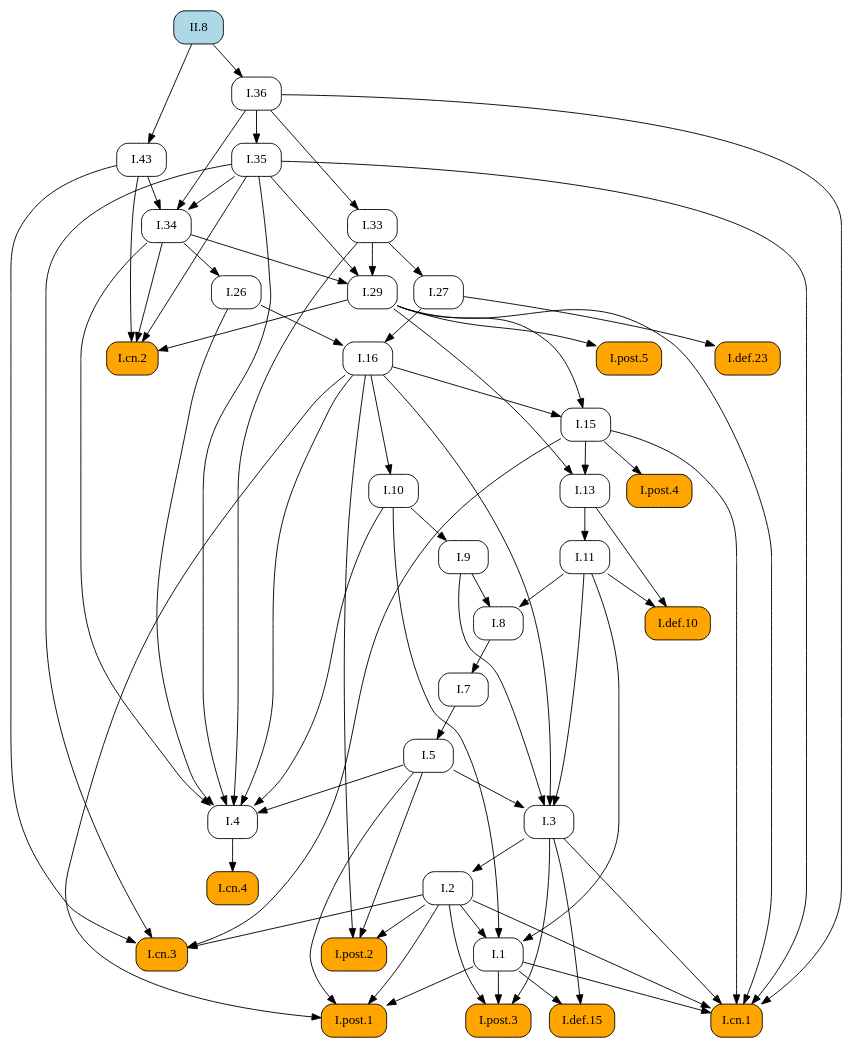
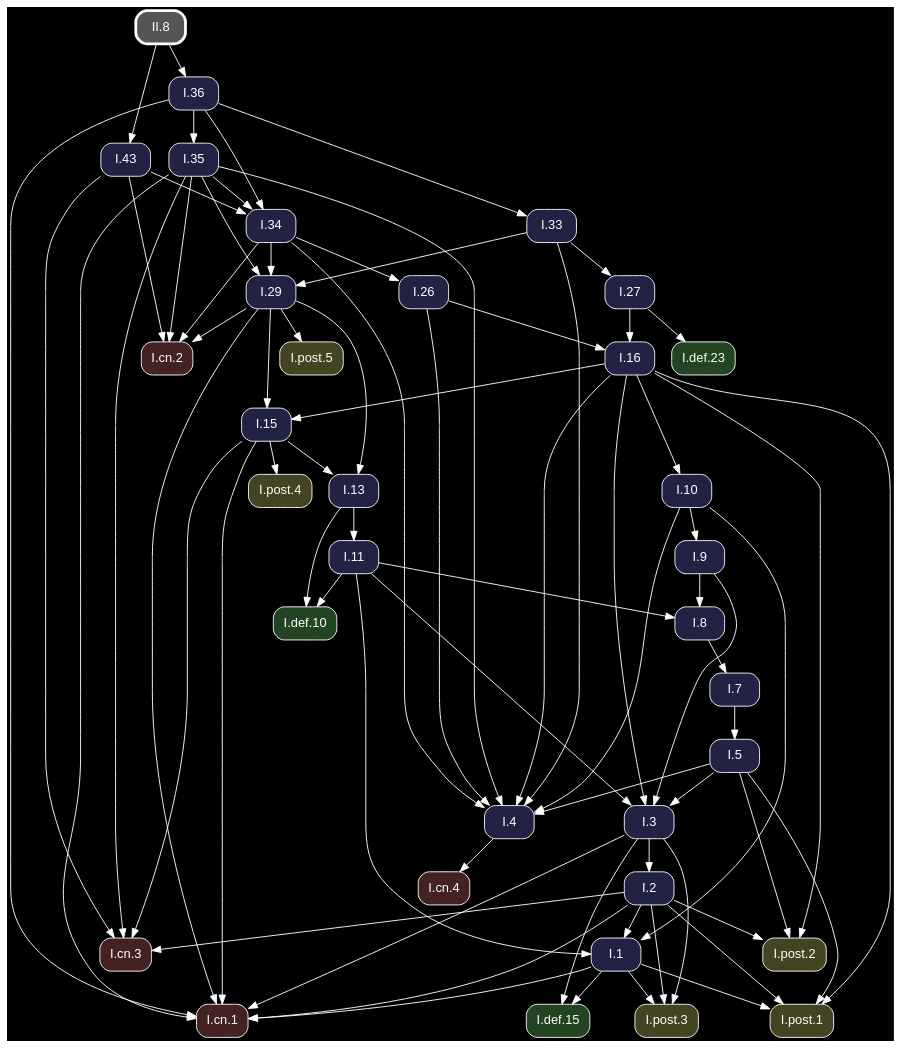
Before and after one commit to geometor/elements: the diagram in docsrc/heath/II/8/index.rst, drawn with Graphviz. The commit also changed other lines of this file and 1200 other files, not shown here.

Commit message:
update dependency graphs

```diff
--- a/docsrc/heath/II/8/index.rst
+++ b/docsrc/heath/II/8/index.rst
@@ -122,65 +122,48 @@
 .. graphviz::
 
    digraph {
+     bgcolor="black";
+     node [shape=box, style="rounded,filled", fontname="Helvetica", color="white", fontcolor="white"];
+     edge [color="white", fontcolor="white"];
      rankdir="TB";
-     node [shape=box, style=rounded];
-     "I.9" [URL="/heath/I/9/", target="_top"];
-     "I.33" [URL="/heath/I/33/", target="_top"];
-     "I.def.15" [style="rounded,filled", fillcolor=orange, URL="/heath/I/def.15/", target="_top"];
-     "I.post.3" [style="rounded,filled", fillcolor=orange, URL="/heath/I/post.3/", target="_top"];
-     "I.post.1" [style="rounded,filled", fillcolor=orange, URL="/heath/I/post.1/", target="_top"];
-     "I.43" [URL="/heath/I/43/", target="_top"];
-     "I.def.10" [style="rounded,filled", fillcolor=orange, URL="/heath/I/def.10/", target="_top"];
-     "I.27" [URL="/heath/I/27/", target="_top"];
-     "I.34" [URL="/heath/I/34/", target="_top"];
-     "I.3" [URL="/heath/I/3/", target="_top"];
-     "I.35" [URL="/heath/I/35/", target="_top"];
-     "I.cn.1" [style="rounded,filled", fillcolor=orange, URL="/heath/I/cn.1/", target="_top"];
-     "I.7" [URL="/heath/I/7/", target="_top"];
-     "I.2" [URL="/heath/I/2/", target="_top"];
-     "I.36" [URL="/heath/I/36/", target="_top"];
-     "I.13" [URL="/heath/I/13/", target="_top"];
-     "I.post.4" [style="rounded,filled", fillcolor=orange, URL="/heath/I/post.4/", target="_top"];
-     "I.4" [URL="/heath/I/4/", target="_top"];
-     "I.1" [URL="/heath/I/1/", target="_top"];
-     "I.5" [URL="/heath/I/5/", target="_top"];
-     "I.8" [URL="/heath/I/8/", target="_top"];
-     "I.29" [URL="/heath/I/29/", target="_top"];
-     "I.cn.3" [style="rounded,filled", fillcolor=orange, URL="/heath/I/cn.3/", target="_top"];
-     "I.16" [URL="/heath/I/16/", target="_top"];
-     "I.15" [URL="/heath/I/15/", target="_top"];
-     "II.8" [style="rounded,filled", fillcolor=lightblue, URL="/heath/II/8/", target="_top"];
-     "I.10" [URL="/heath/I/10/", target="_top"];
-     "I.11" [URL="/heath/I/11/", target="_top"];
-     "I.def.23" [style="rounded,filled", fillcolor=orange, URL="/heath/I/def.23/", target="_top"];
-     "I.cn.2" [style="rounded,filled", fillcolor=orange, URL="/heath/I/cn.2/", target="_top"];
-     "I.post.5" [style="rounded,filled", fillcolor=orange, URL="/heath/I/post.5/", target="_top"];
-     "I.cn.4" [style="rounded,filled", fillcolor=orange, URL="/heath/I/cn.4/", target="_top"];
-     "I.post.2" [style="rounded,filled", fillcolor=orange, URL="/heath/I/post.2/", target="_top"];
-     "I.26" [URL="/heath/I/26/", target="_top"];
-     "I.10" -> "I.9";
-     "I.36" -> "I.33";
-     "I.1" -> "I.def.15";
-     "I.3" -> "I.def.15";
-     "I.1" -> "I.post.3";
-     "I.2" -> "I.post.3";
-     "I.3" -> "I.post.3";
-     "I.1" -> "I.post.1";
-     "I.2" -> "I.post.1";
-     "I.5" -> "I.post.1";
-     "I.16" -> "I.post.1";
-     "II.8" -> "I.43";
-     "I.11" -> "I.def.10";
-     "I.13" -> "I.def.10";
-     "I.33" -> "I.27";
-     "I.35" -> "I.34";
-     "I.36" -> "I.34";
-     "I.43" -> "I.34";
+     "I.3" [fillcolor="#222244", URL="/heath/I/3/", target="_top"];
+     "I.cn.1" [fillcolor="#442222", URL="/heath/I/cn.1/", target="_top"];
+     "I.def.10" [fillcolor="#224422", URL="/heath/I/def.10/", target="_top"];
+     "I.15" [fillcolor="#222244", URL="/heath/I/15/", target="_top"];
+     "I.13" [fillcolor="#222244", URL="/heath/I/13/", target="_top"];
+     "I.27" [fillcolor="#222244", URL="/heath/I/27/", target="_top"];
+     "I.2" [fillcolor="#222244", URL="/heath/I/2/", target="_top"];
+     "I.cn.2" [fillcolor="#442222", URL="/heath/I/cn.2/", target="_top"];
+     "I.9" [fillcolor="#222244", URL="/heath/I/9/", target="_top"];
+     "I.43" [fillcolor="#222244", URL="/heath/I/43/", target="_top"];
+     "I.post.5" [fillcolor="#444422", URL="/heath/I/post.5/", target="_top"];
+     "I.1" [fillcolor="#222244", URL="/heath/I/1/", target="_top"];
+     "I.post.4" [fillcolor="#444422", URL="/heath/I/post.4/", target="_top"];
+     "I.26" [fillcolor="#222244", URL="/heath/I/26/", target="_top"];
+     "I.8" [fillcolor="#222244", URL="/heath/I/8/", target="_top"];
+     "I.4" [fillcolor="#222244", URL="/heath/I/4/", target="_top"];
+     "II.8" [penwidth=3, color="white", fillcolor="#555555", URL="/heath/II/8/", target="_top"];
+     "I.7" [fillcolor="#222244", URL="/heath/I/7/", target="_top"];
+     "I.5" [fillcolor="#222244", URL="/heath/I/5/", target="_top"];
+     "I.10" [fillcolor="#222244", URL="/heath/I/10/", target="_top"];
+     "I.post.1" [fillcolor="#444422", URL="/heath/I/post.1/", target="_top"];
+     "I.11" [fillcolor="#222244", URL="/heath/I/11/", target="_top"];
+     "I.16" [fillcolor="#222244", URL="/heath/I/16/", target="_top"];
+     "I.cn.3" [fillcolor="#442222", URL="/heath/I/cn.3/", target="_top"];
+     "I.36" [fillcolor="#222244", URL="/heath/I/36/", target="_top"];
+     "I.29" [fillcolor="#222244", URL="/heath/I/29/", target="_top"];
+     "I.post.2" [fillcolor="#444422", URL="/heath/I/post.2/", target="_top"];
+     "I.cn.4" [fillcolor="#442222", URL="/heath/I/cn.4/", target="_top"];
+     "I.def.23" [fillcolor="#224422", URL="/heath/I/def.23/", target="_top"];
+     "I.35" [fillcolor="#222244", URL="/heath/I/35/", target="_top"];
+     "I.post.3" [fillcolor="#444422", URL="/heath/I/post.3/", target="_top"];
+     "I.33" [fillcolor="#222244", URL="/heath/I/33/", target="_top"];
+     "I.34" [fillcolor="#222244", URL="/heath/I/34/", target="_top"];
+     "I.def.15" [fillcolor="#224422", URL="/heath/I/def.15/", target="_top"];
      "I.5" -> "I.3";
      "I.9" -> "I.3";
      "I.11" -> "I.3";
      "I.16" -> "I.3";
-     "I.36" -> "I.35";
      "I.1" -> "I.cn.1";
      "I.2" -> "I.cn.1";
      "I.3" -> "I.cn.1";
@@ -188,12 +171,28 @@
      "I.29" -> "I.cn.1";
      "I.35" -> "I.cn.1";
      "I.36" -> "I.cn.1";
-     "I.8" -> "I.7";
-     "I.3" -> "I.2";
-     "II.8" -> "I.36";
+     "I.11" -> "I.def.10";
+     "I.13" -> "I.def.10";
+     "I.16" -> "I.15";
+     "I.29" -> "I.15";
      "I.15" -> "I.13";
      "I.29" -> "I.13";
+     "I.33" -> "I.27";
+     "I.3" -> "I.2";
+     "I.29" -> "I.cn.2";
+     "I.34" -> "I.cn.2";
+     "I.35" -> "I.cn.2";
+     "I.43" -> "I.cn.2";
+     "I.10" -> "I.9";
+     "II.8" -> "I.43";
+     "I.29" -> "I.post.5";
+     "I.2" -> "I.1";
+     "I.10" -> "I.1";
+     "I.11" -> "I.1";
      "I.15" -> "I.post.4";
+     "I.34" -> "I.26";
+     "I.9" -> "I.8";
+     "I.11" -> "I.8";
      "I.5" -> "I.4";
      "I.10" -> "I.4";
      "I.16" -> "I.4";
@@ -201,34 +200,37 @@
      "I.33" -> "I.4";
      "I.34" -> "I.4";
      "I.35" -> "I.4";
-     "I.2" -> "I.1";
-     "I.10" -> "I.1";
-     "I.11" -> "I.1";
+     "I.8" -> "I.7";
      "I.7" -> "I.5";
-     "I.9" -> "I.8";
-     "I.11" -> "I.8";
-     "I.33" -> "I.29";
-     "I.34" -> "I.29";
-     "I.35" -> "I.29";
+     "I.16" -> "I.10";
+     "I.1" -> "I.post.1";
+     "I.2" -> "I.post.1";
+     "I.5" -> "I.post.1";
+     "I.16" -> "I.post.1";
+     "I.13" -> "I.11";
+     "I.26" -> "I.16";
+     "I.27" -> "I.16";
      "I.2" -> "I.cn.3";
      "I.15" -> "I.cn.3";
      "I.35" -> "I.cn.3";
      "I.43" -> "I.cn.3";
-     "I.26" -> "I.16";
-     "I.27" -> "I.16";
-     "I.16" -> "I.15";
-     "I.29" -> "I.15";
-     "I.16" -> "I.10";
-     "I.13" -> "I.11";
-     "I.27" -> "I.def.23";
-     "I.29" -> "I.cn.2";
-     "I.34" -> "I.cn.2";
-     "I.35" -> "I.cn.2";
-     "I.43" -> "I.cn.2";
-     "I.29" -> "I.post.5";
-     "I.4" -> "I.cn.4";
+     "II.8" -> "I.36";
+     "I.33" -> "I.29";
+     "I.34" -> "I.29";
+     "I.35" -> "I.29";
      "I.2" -> "I.post.2";
      "I.5" -> "I.post.2";
      "I.16" -> "I.post.2";
-     "I.34" -> "I.26";
+     "I.4" -> "I.cn.4";
+     "I.27" -> "I.def.23";
+     "I.36" -> "I.35";
+     "I.1" -> "I.post.3";
+     "I.2" -> "I.post.3";
+     "I.3" -> "I.post.3";
+     "I.36" -> "I.33";
+     "I.35" -> "I.34";
+     "I.36" -> "I.34";
+     "I.43" -> "I.34";
+     "I.1" -> "I.def.15";
+     "I.3" -> "I.def.15";
    }
```
